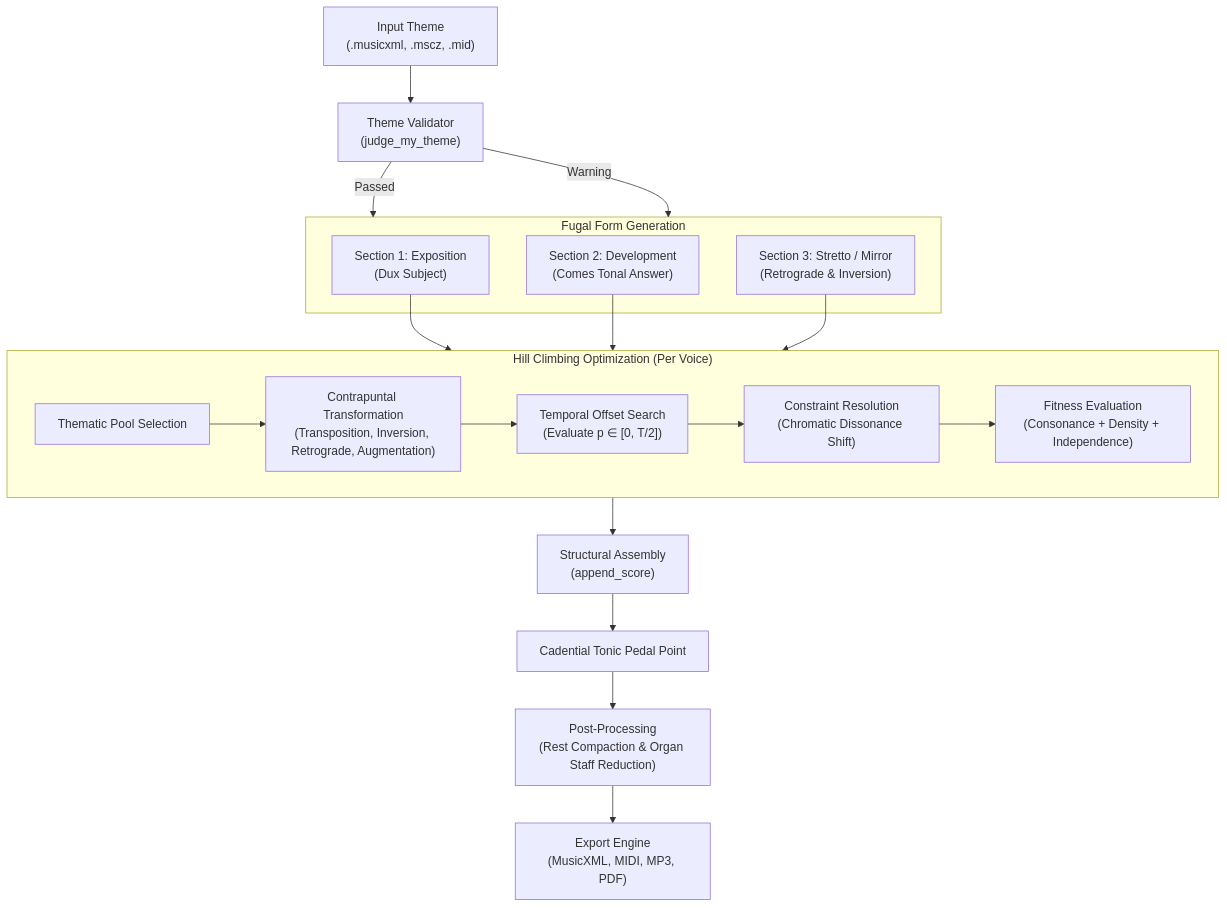
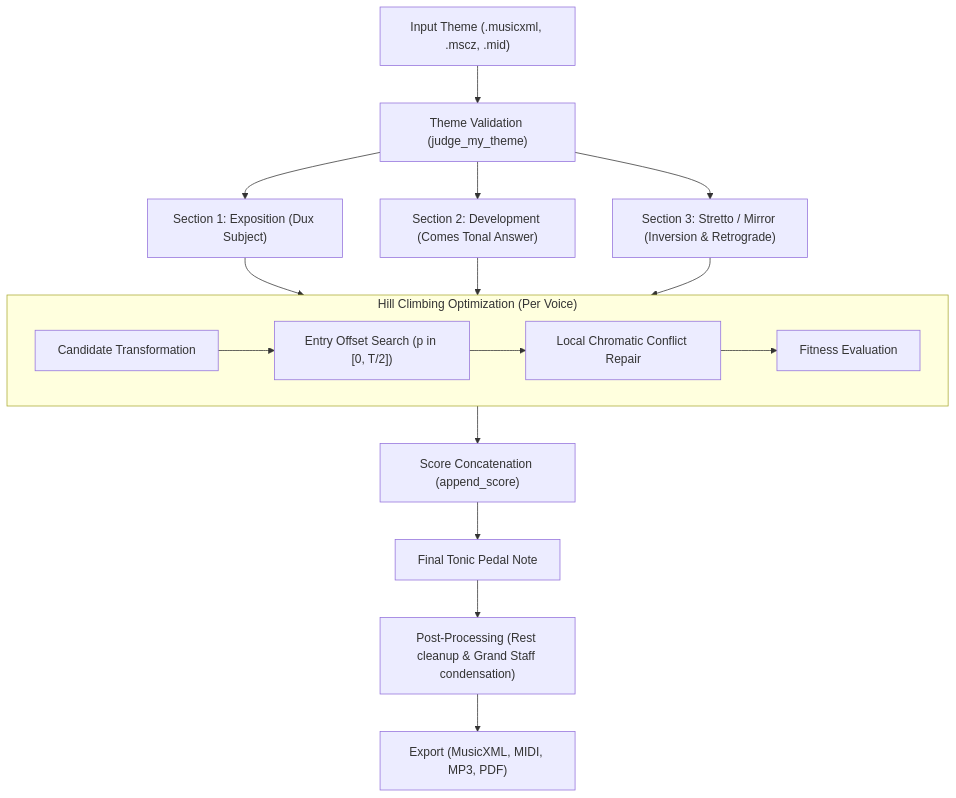
The diagram in README.md (StrachNaWroble/Baroque_fugue), drawn with Mermaid before and after one commit. The commit also changed other lines of this file and 1 other file, not shown here.

Commit message:
Update README style, clarify density maximization goal, and remove license

````diff
--- a/README.md
+++ b/README.md
@@ -32,28 +33,22 @@
 ```mermaid
 flowchart TD
-    A["Input Theme<br/>(.musicxml, .mscz, .mid)"] --> B["Theme Validator<br/>(judge_my_theme)"]
-    B -->|Passed| C["Fugal Form Orchestration"]
-    B -->|Warning| C
+    A["Input Theme (.musicxml, .mscz, .mid)"] --> B["Theme Validation (judge_my_theme)"]
+    B --> C["Section 1: Exposition (Dux Subject)"]
+    B --> D["Section 2: Development (Comes Tonal Answer)"]
+    B --> E["Section 3: Stretto / Mirror (Inversion & Retrograde)"]
 
-    subgraph C ["Fugal Form Generation"]
-        S1["Section 1: Exposition<br/>(Dux Subject)"]
-        S2["Section 2: Development<br/>(Comes Tonal Answer)"]
-        S3["Section 3: Stretto / Mirror<br/>(Retrograde & Inversion)"]
+    subgraph Search ["Hill Climbing Optimization (Per Voice)"]
+        S1["Candidate Transformation"] --> S2["Entry Offset Search (p in [0, T/2])"]
+        S2 --> S3["Local Chromatic Conflict Repair"]
+        S3 --> S4["Fitness Evaluation"]
     end
 
-    subgraph HC ["Hill Climbing Optimization (Per Voice)"]
-        T["Thematic Pool Selection"] --> M["Contrapuntal Transformation<br/>(Transposition, Inversion, Retrograde, Augmentation)"]
-        M --> P["Temporal Offset Search<br/>(Evaluate p ∈ [0, T/2])"]
-        P --> CR["Constraint Resolution<br/>(Chromatic Dissonance Shift)"]
-        CR --> E["Fitness Evaluation<br/>(Consonance + Density + Independence)"]
-    end
+    C --> Search
+    D --> Search
+    E --> Search
 
-    S1 --> HC
-    S2 --> HC
-    S3 --> HC
-
-    HC --> D["Structural Assembly<br/>(append_score)"]
-    D --> E2["Cadential Tonic Pedal Point"]
-    E2 --> F["Post-Processing<br/>(Rest Compaction & Organ Staff Reduction)"]
-    F --> G["Export Engine<br/>(MusicXML, MIDI, MP3, PDF)"]
+    Search --> F["Score Concatenation (append_score)"]
+    F --> G["Final Tonic Pedal Note"]
+    G --> H["Post-Processing (Rest cleanup & Grand Staff condensation)"]
+    H --> I["Export (MusicXML, MIDI, MP3, PDF)"]
 ```
````
